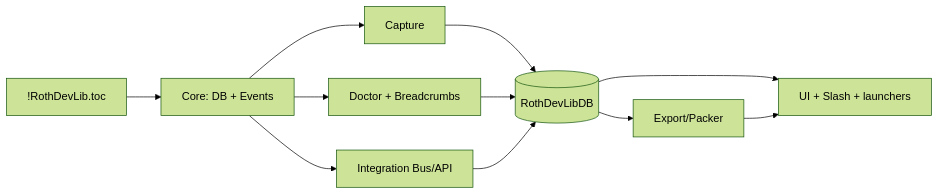
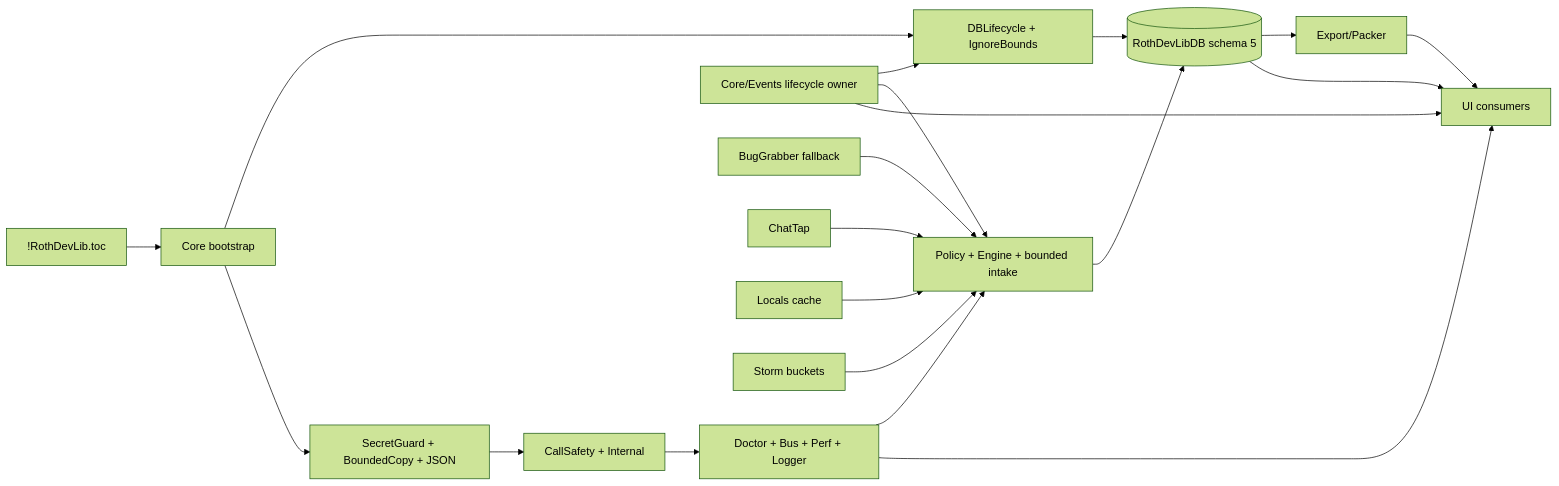
One commit to UnknownAlienHuman/roth-dev-lib changed the diagram in CODE_GRAPH.md. Above: the diagram before and after it, drawn with Mermaid (forest theme). The commit also changed other lines of this file and 6 other files, not shown here.

Commit message:
Synchronize bounded architecture documentation

````diff
--- a/CODE_GRAPH.md
+++ b/CODE_GRAPH.md
@@ -3,13 +3,23 @@
 ```mermaid
 flowchart LR
-  TOC["!RothDevLib.toc"] --> Core["Core: DB + Events"]
-  Core --> Capture["Capture"]
-  Core --> Doctor["Doctor + Breadcrumbs"]
-  Core --> Bus["Integration Bus/API"]
-  Capture --> DB[("RothDevLibDB")]
-  Doctor --> DB
-  Bus --> DB
+  TOC["!RothDevLib.toc"] --> Core["Core bootstrap"]
+  Core --> DBL["DBLifecycle + IgnoreBounds"]
+  Core --> Guard["SecretGuard + BoundedCopy + JSON"]
+  Guard --> Calls["CallSafety + Internal"]
+  Calls --> Services["Doctor + Bus + Perf + Logger"]
+  Services --> Capture["Policy + Engine + bounded intake"]
+  Capture --> DB[("RothDevLibDB schema 5")]
+  DBL --> DB
   DB --> Export["Export/Packer"]
-  DB --> UI["UI + Slash + launchers"]
+  Services --> UI["UI consumers"]
+  DB --> UI
   Export --> UI
+  Events["Core/Events lifecycle owner"] --> DBL
+  Events --> Capture
+  Events --> UI
+
+  Bug["BugGrabber fallback"] --> Capture
+  Chat["ChatTap"] --> Capture
+  Locals["Locals cache"] --> Capture
+  Storm["Storm buckets"] --> Capture
 ```
````
